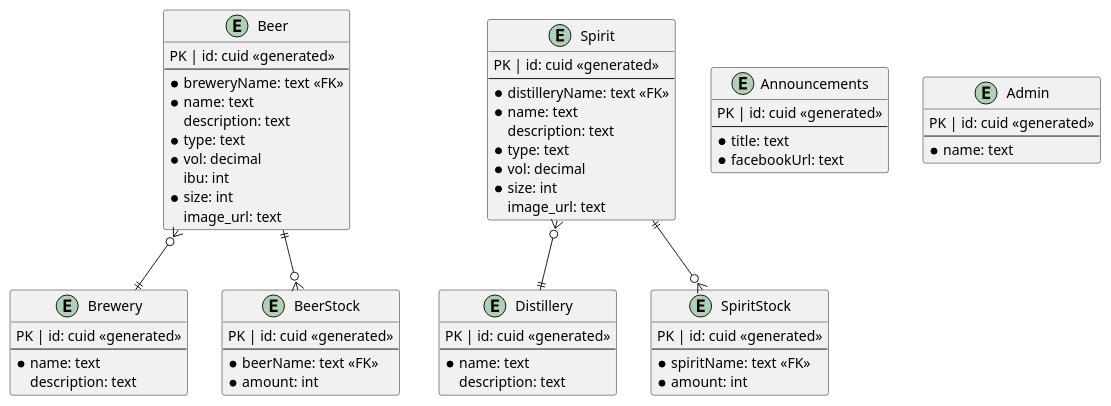
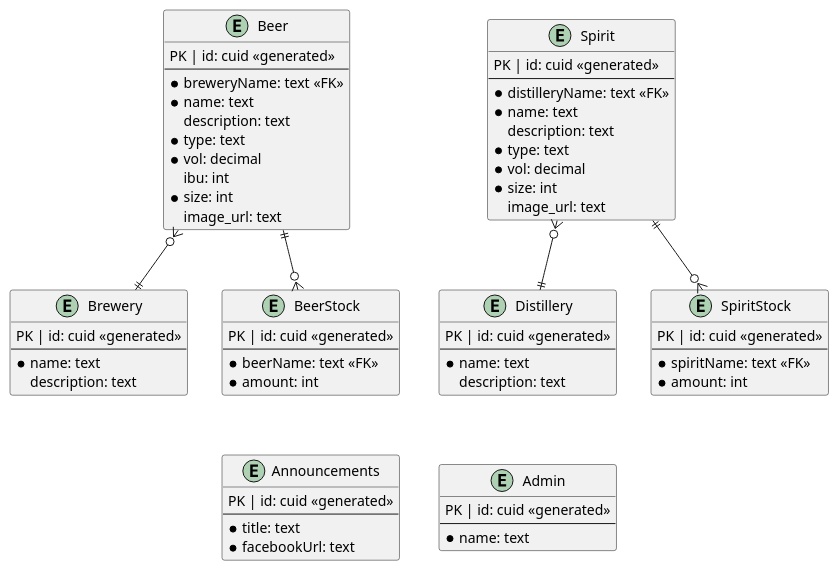
The diagram in Documentation/Diagrams/ER_diagram.puml (GutterneTheBois/smagen-af-oel), drawn with PlantUML before and after one commit. The commit also changed 3 other files, not shown here.

```diff
--- a/Documentation/Diagrams/ER_diagram.puml
+++ b/Documentation/Diagrams/ER_diagram.puml
@@ -1,75 +1,78 @@
 @startuml er_diagram
 
 entity Brewery {
     PK | id: cuid <<generated>>
     --
     * name: text
     description: text
 }
 
 entity Beer {
     PK | id: cuid <<generated>>
     --
     * breweryName: text <<FK>>
     * name: text
     description: text
     * type: text
     * vol: decimal
     ibu: int
     * size: int
     image_url: text
 }
 
 entity Distillery {
     PK | id: cuid <<generated>>
     --
     * name: text
     description: text
 }
 
 entity Spirit {
     PK | id: cuid <<generated>>
     --
     * distilleryName: text <<FK>>
     * name: text
     description: text
     * type: text
     * vol: decimal
     * size: int
     image_url: text
 }
 
 entity BeerStock {
     PK | id: cuid <<generated>>
     --
     * beerName: text <<FK>>
     * amount: int
 }
 
 entity SpiritStock {
     PK | id: cuid <<generated>>
     --
     * spiritName: text <<FK>>
     * amount: int
 }
 
 entity Announcements {
     PK | id: cuid <<generated>>
     --
     * title: text
     * facebookUrl: text
 }
 
 entity Admin {
     PK | id: cuid <<generated>>
     --
     * name: text
 }
 
 Beer }o--|| Brewery
 Spirit }o--|| Distillery
 
 Beer ||--o{ BeerStock
 Spirit ||--o{ SpiritStock
 
+BeerStock -[hidden]down-> Announcements
+Distillery -[hidden]down-> Admin
+
 @enduml
```
